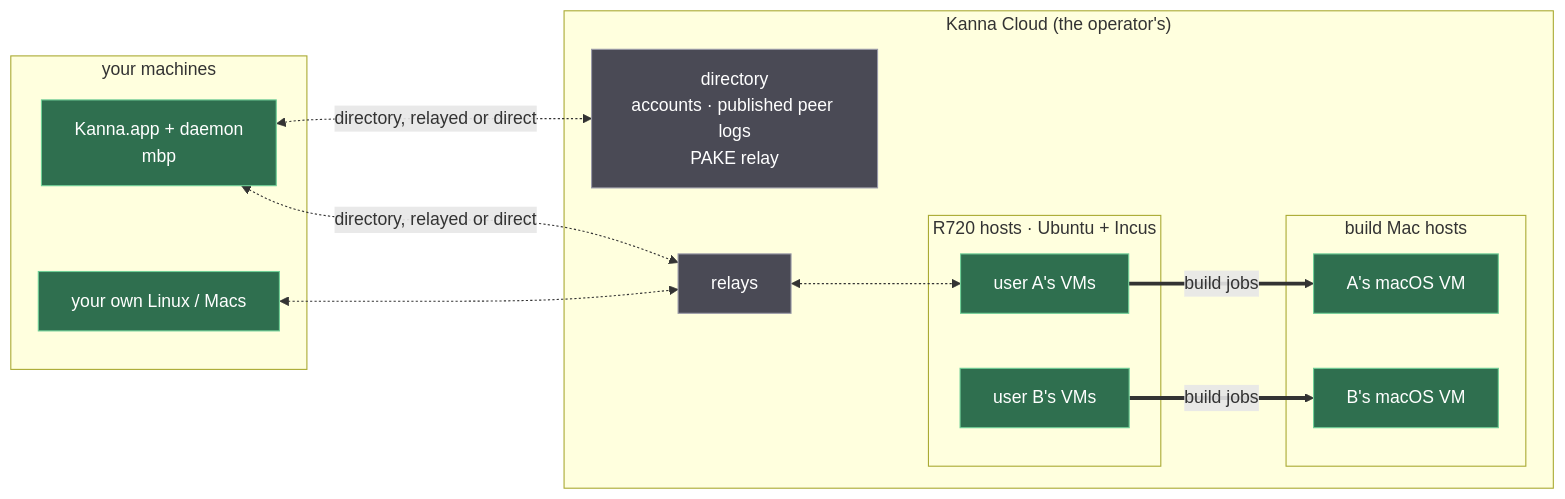
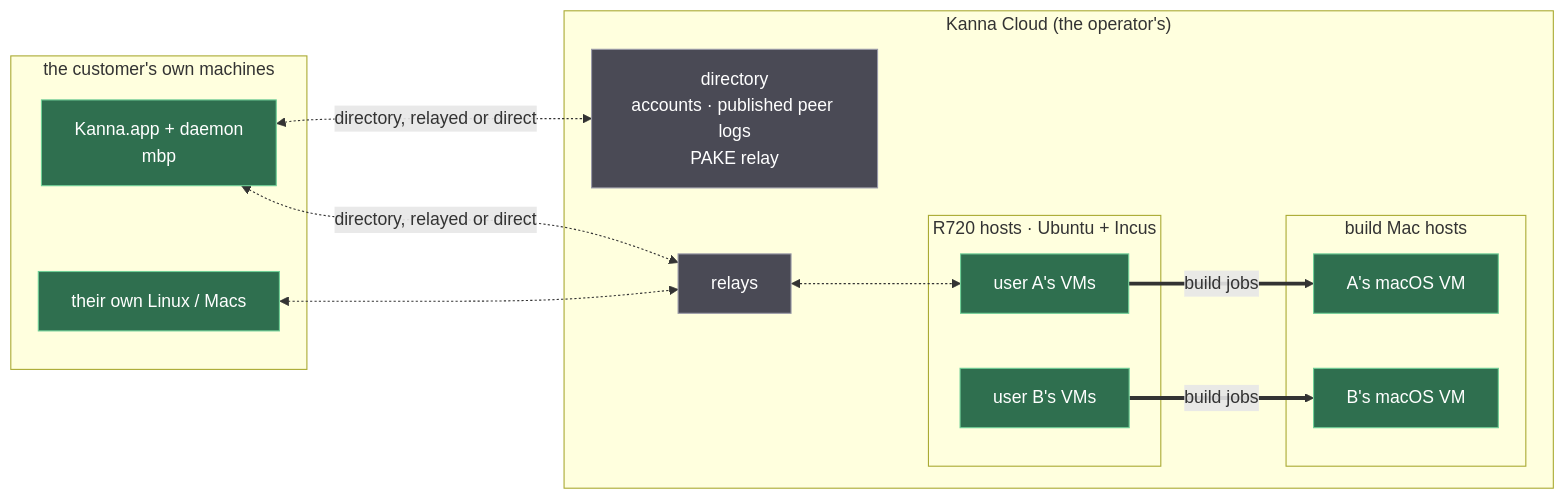
Before and after one commit to tampopogk/kanna: the first of 2 diagrams in docs/specs/kanna-cloud.md, drawn with Mermaid. The commit also changed other lines of this file, not shown here.

Commit message:
Kanna Cloud spec: name the customer, never 'you'

````diff
--- a/docs/specs/kanna-cloud.md
+++ b/docs/specs/kanna-cloud.md
@@ -56,28 +56,28 @@
 ```mermaid
 flowchart LR
-    subgraph YOU["your machines"]
+    subgraph YOU["the customer's own machines"]
         MBP["Kanna.app + daemon<br/>mbp"]
-        OWN["your own Linux / Macs"]
+        OWN["their own Linux / Macs"]
     end
     subgraph K["Kanna Cloud (the operator's)"]
         DIR["directory<br/>accounts · published peer logs<br/>PAKE relay"]
         REL["relays"]
         subgraph R720["R720 hosts · Ubuntu + Incus"]
             VA["user A's VMs"]
             VB["user B's VMs"]
         end
         subgraph BM["build Mac hosts"]
             MA["A's macOS VM"]
             MB["B's macOS VM"]
         end
     end
     MBP <-.->|"directory, relayed or direct"| DIR & REL
     OWN <-.-> REL
     REL <-.-> VA
     VA ==>|"build jobs"| MA
     VB ==>|"build jobs"| MB
     classDef kanna fill:#2f6f4f,stroke:#6fcf97,color:#ffffff
     classDef os fill:#4a4a55,stroke:#9a9aa8,color:#ffffff
     class MBP,OWN,VA,VB,MA,MB kanna
     class DIR,REL os
 ```
````
